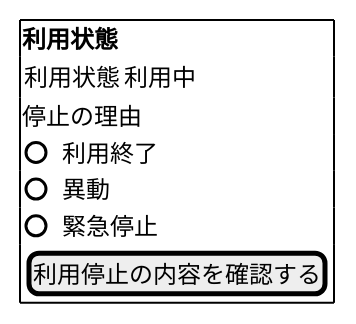
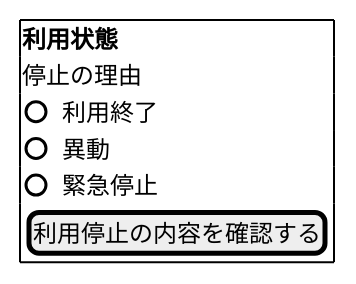
Diagram 26 of 36 in docs/design/cargo-tracker/ui_design.md (k2works/practical-domain-driven-design-in-enterpris-application), drawn with PlantUML before and after one commit. The commit also changed other lines of this file and 10 other files, not shown here.

````diff
--- a/docs/design/cargo-tracker/ui_design.md
+++ b/docs/design/cargo-tracker/ui_design.md
@@ -1154,15 +1154,12 @@
 ```plantuml
 @startsalt
 {+
   <b>利用状態
-  {
-    利用状態 | 利用中
-  }
   停止の理由
   ( ) 利用終了
   ( ) 異動
   ( ) 緊急停止
   { [ 利用停止の内容を確認する ] }
 }
 @endsalt
 ```
````
